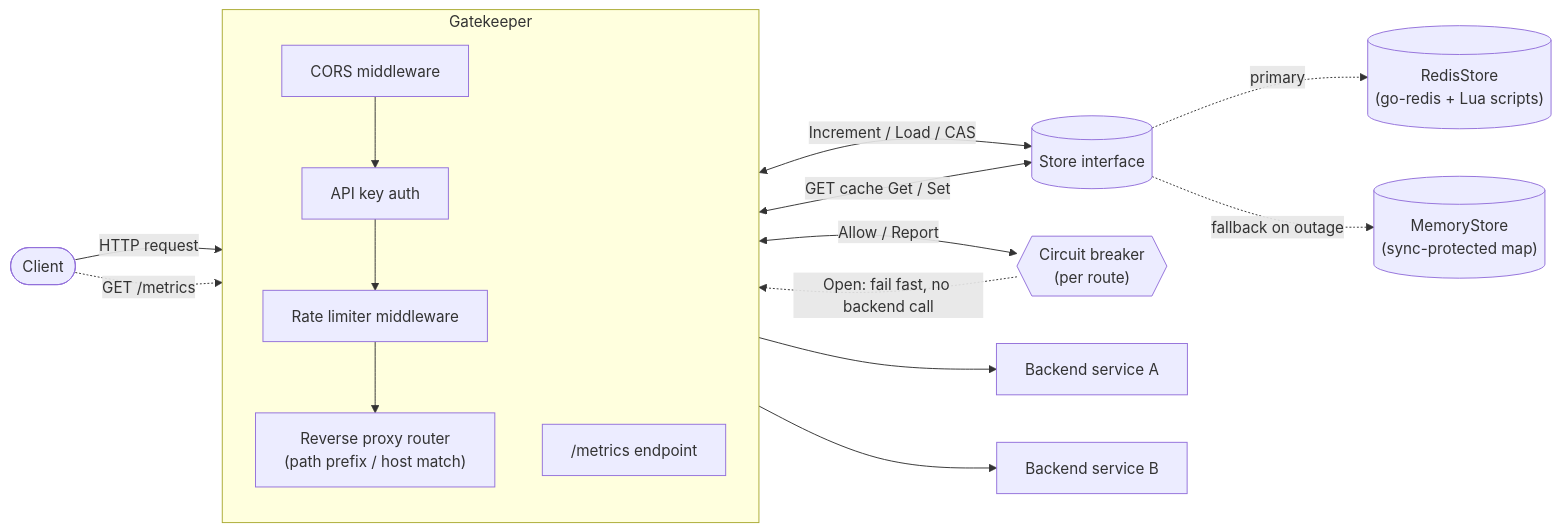
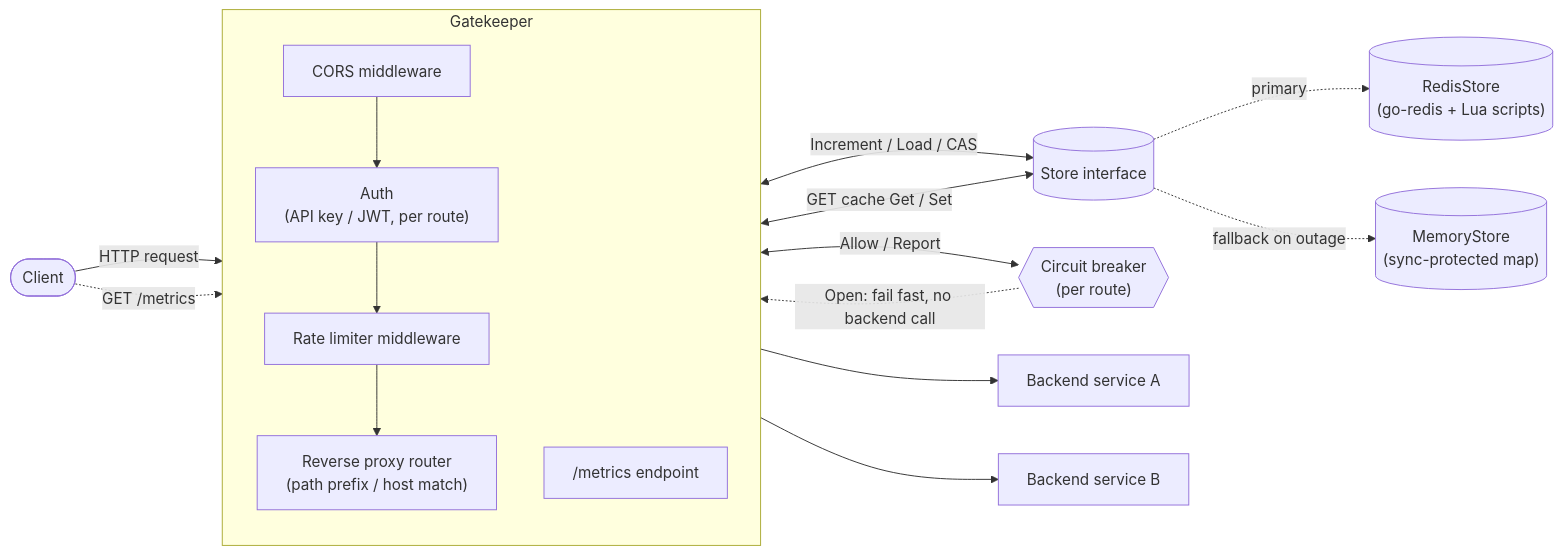
The first of 2 diagrams in README.md (Deipedra34/Gatekeeper), drawn with Mermaid before and after one commit. The commit also changed other lines of this file and 13 other files, not shown here.

Commit message:
Add JWT authentication alongside API keys

````diff
--- a/README.md
+++ b/README.md
@@ -29,33 +30,33 @@
 ```mermaid
 flowchart LR
     Client([Client])
 
     subgraph GW["Gatekeeper"]
         direction TB
         CORS["CORS middleware"]
-        Auth["API key auth"]
+        Auth["Auth\n(API key / JWT, per route)"]
         RL["Rate limiter middleware"]
         Proxy["Reverse proxy router\n(path prefix / host match)"]
         Metrics["/metrics endpoint"]
 
         CORS --> Auth --> RL --> Proxy
     end
 
     Store[("Store interface")]
     Mem[("MemoryStore\n(sync-protected map)")]
     Redis[("RedisStore\n(go-redis + Lua scripts)")]
     CB{{"Circuit breaker\n(per route)"}}
 
     Client -->|HTTP request| CORS
     RL <-->|Increment / Load / CAS| Store
     Proxy <-->|GET cache Get / Set| Store
     Store -.->|primary| Redis
     Store -.->|fallback on outage| Mem
 
     Proxy <-->|Allow / Report| CB
     CB -.->|Open: fail fast, no backend call| Proxy
     Proxy --> BackendA["Backend service A"]
     Proxy --> BackendB["Backend service B"]
 
     Client -.->|GET /metrics| Metrics
 ```
````
